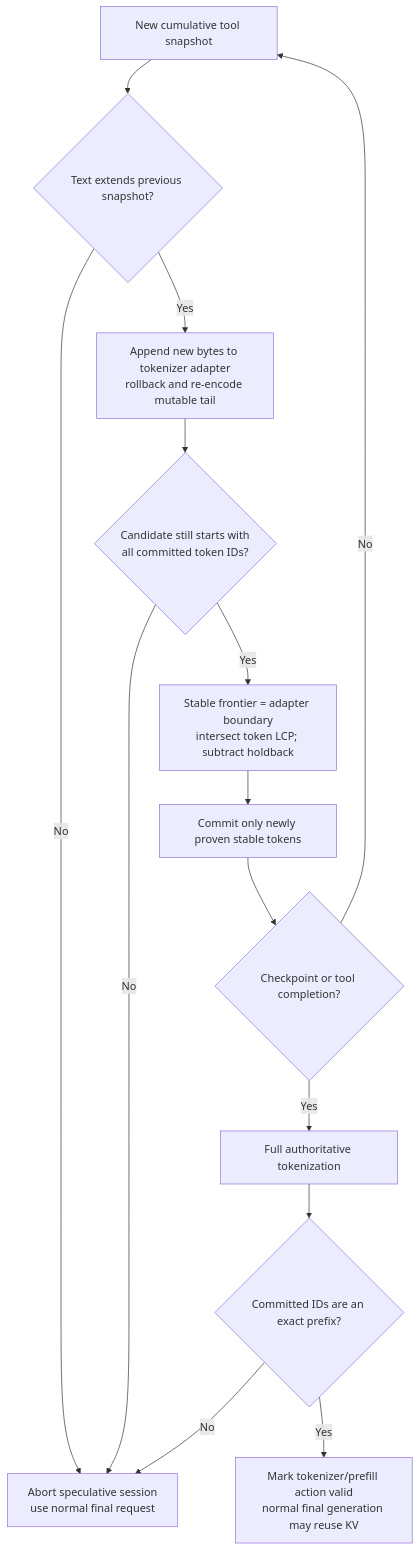
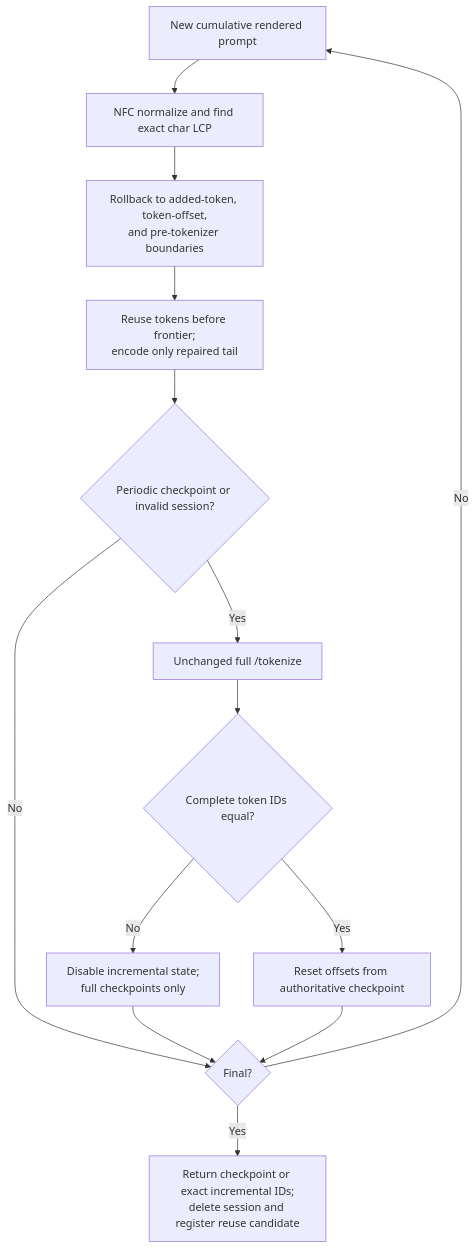
The third of 4 diagrams in docs/design-docs/streaming-tool-call.md (NVIDIA-NeMo/RL), drawn with Mermaid before and after one commit. The commit also changed other lines of this file and 15 other files, not shown here.

Commit message:
feat(swe): add exact incremental tokenizer streaming

````diff
--- a/docs/design-docs/streaming-tool-call.md
+++ b/docs/design-docs/streaming-tool-call.md
@@ -469,16 +493,16 @@
 ```mermaid
 flowchart TD
-    A["New cumulative tool snapshot"] --> B{"Text extends previous snapshot?"}
-    B -- No --> X["Abort speculative session<br/>use normal final request"]
-    B -- Yes --> C["Append new bytes to tokenizer adapter<br/>rollback and re-encode mutable tail"]
-    C --> D{"Candidate still starts with<br/>all committed token IDs?"}
-    D -- No --> X
-    D -- Yes --> E["Stable frontier = adapter boundary<br/>intersect token LCP; subtract holdback"]
-    E --> F["Commit only newly proven stable tokens"]
-    F --> G{"Checkpoint or tool completion?"}
-    G -- No --> A
-    G -- Yes --> H["Full authoritative tokenization"]
-    H --> I{"Committed IDs are an exact prefix?"}
-    I -- No --> X
-    I -- Yes --> J["Mark tokenizer/prefill action valid<br/>normal final generation may reuse KV"]
+    A["New cumulative rendered prompt"] --> B["NFC normalize and find exact char LCP"]
+    B --> C["Rollback to added-token, token-offset,<br/>and pre-tokenizer boundaries"]
+    C --> D["Reuse tokens before frontier;<br/>encode only repaired tail"]
+    D --> E{"Periodic checkpoint or invalid session?"}
+    E -- No --> J{"Final?"}
+    E -- Yes --> F["Unchanged full /tokenize"]
+    F --> G{"Complete token IDs equal?"}
+    G -- No --> H["Disable incremental state;<br/>full checkpoints only"]
+    G -- Yes --> I["Reset offsets from authoritative checkpoint"]
+    H --> J
+    I --> J
+    J -- No --> A
+    J -- Yes --> K["Return checkpoint or exact incremental IDs;<br/>delete session and register reuse candidate"]
 ```
````
